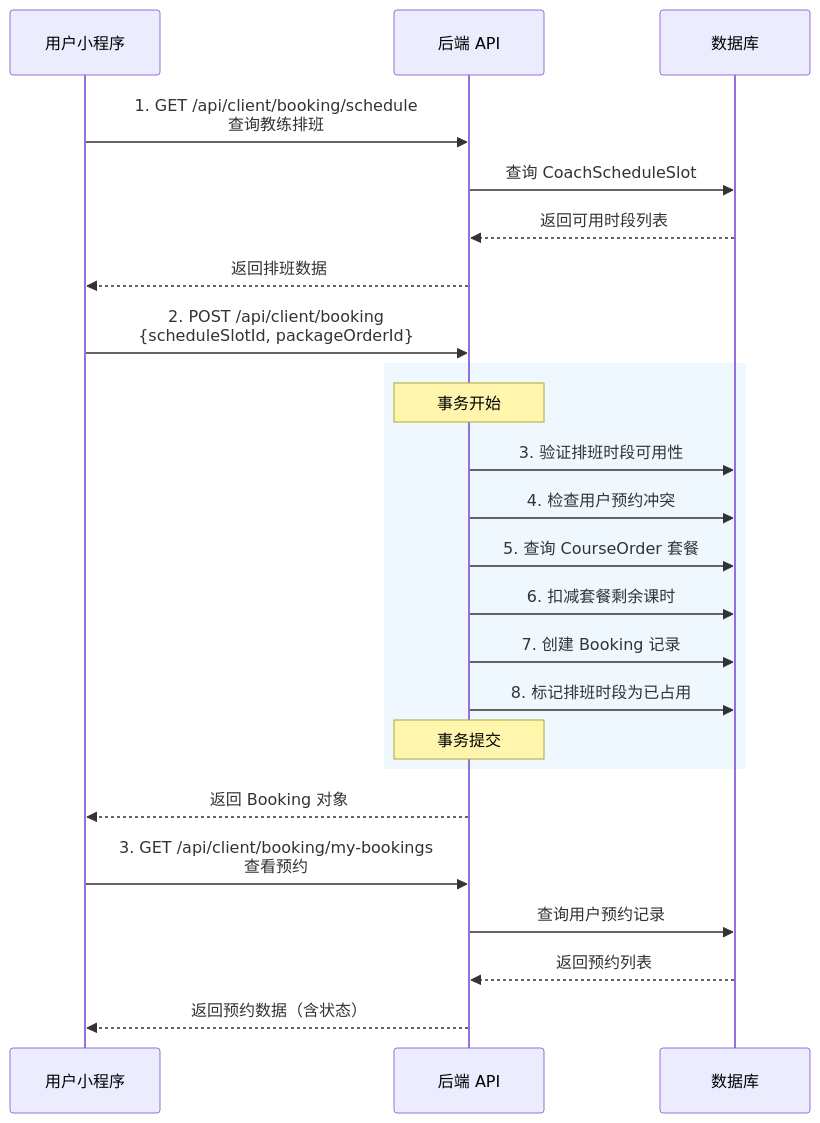
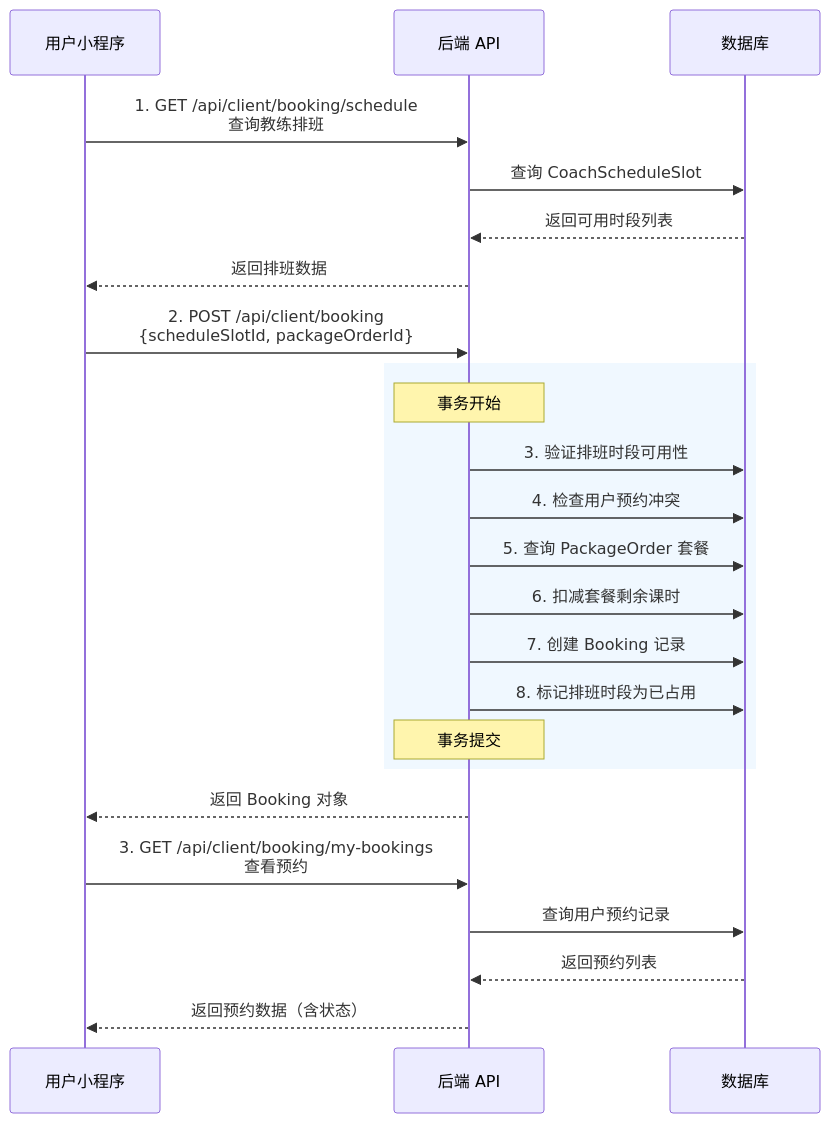
Before and after one commit to lnpbqc/fitness-java: the second of 8 diagrams in 项目架构与开发规范白皮书.md, drawn with Mermaid. The commit also changed other lines of this file and 12 other files, not shown here.

````diff
--- a/项目架构与开发规范白皮书.md
+++ b/项目架构与开发规范白皮书.md
@@ -243,31 +243,31 @@
 ```mermaid
 sequenceDiagram
     participant 用户 as 用户小程序
     participant 后端 as 后端 API
     participant DB as 数据库
 
     用户->>后端: 1. GET /api/client/booking/schedule<br/>查询教练排班
     后端->>DB: 查询 CoachScheduleSlot
     DB-->>后端: 返回可用时段列表
     后端-->>用户: 返回排班数据
 
     用户->>后端: 2. POST /api/client/booking<br/>{scheduleSlotId, packageOrderId}
     
     rect rgb(240, 248, 255)
         Note over 后端: 事务开始
         后端->>DB: 3. 验证排班时段可用性
         后端->>DB: 4. 检查用户预约冲突
-        后端->>DB: 5. 查询 CourseOrder 套餐
+        后端->>DB: 5. 查询 PackageOrder 套餐
         后端->>DB: 6. 扣减套餐剩余课时
         后端->>DB: 7. 创建 Booking 记录
         后端->>DB: 8. 标记排班时段为已占用
         Note over 后端: 事务提交
     end
     
     后端-->>用户: 返回 Booking 对象
 
     用户->>后端: 3. GET /api/client/booking/my-bookings<br/>查看预约
     后端->>DB: 查询用户预约记录
     DB-->>后端: 返回预约列表
     后端-->>用户: 返回预约数据（含状态）
 ```
````
